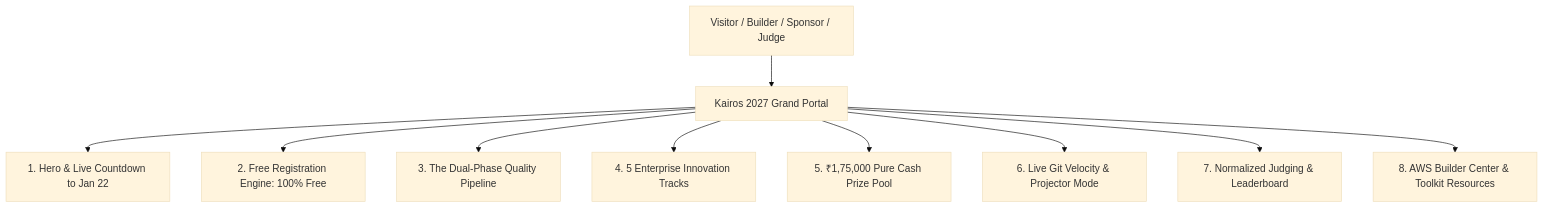
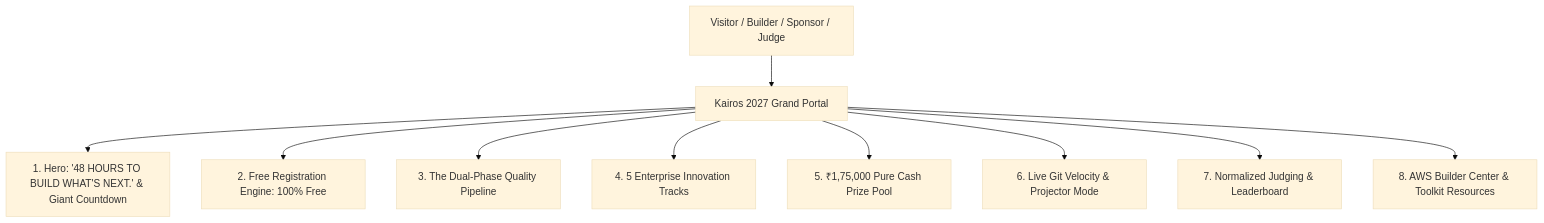
The first of 2 diagrams in docs/16_website_design_and_experience_specification.md (MasterZ1311/Kairos), drawn with Mermaid (base theme) before and after one commit. The commit also changed other lines of this file and 100 other files, not shown here.

````diff
--- a/docs/16_website_design_and_experience_specification.md
+++ b/docs/16_website_design_and_experience_specification.md
@@ -36,12 +64,12 @@
 ```mermaid
 graph TD
     User[Visitor / Builder / Sponsor / Judge] --> Web[Kairos 2027 Grand Portal]
-    Web --> Sec1[1. Hero & Live Countdown to Jan 22]
+    Web --> Sec1[1. Hero: '48 HOURS TO BUILD WHAT'S NEXT.' & Giant Countdown]
     Web --> Sec2[2. Free Registration Engine: 100% Free]
     Web --> Sec3[3. The Dual-Phase Quality Pipeline]
     Web --> Sec4[4. 5 Enterprise Innovation Tracks]
     Web --> Sec5[5. ₹1,75,000 Pure Cash Prize Pool]
     Web --> Sec6[6. Live Git Velocity & Projector Mode]
     Web --> Sec7[7. Normalized Judging & Leaderboard]
     Web --> Sec8[8. AWS Builder Center & Toolkit Resources]
 ```
````
